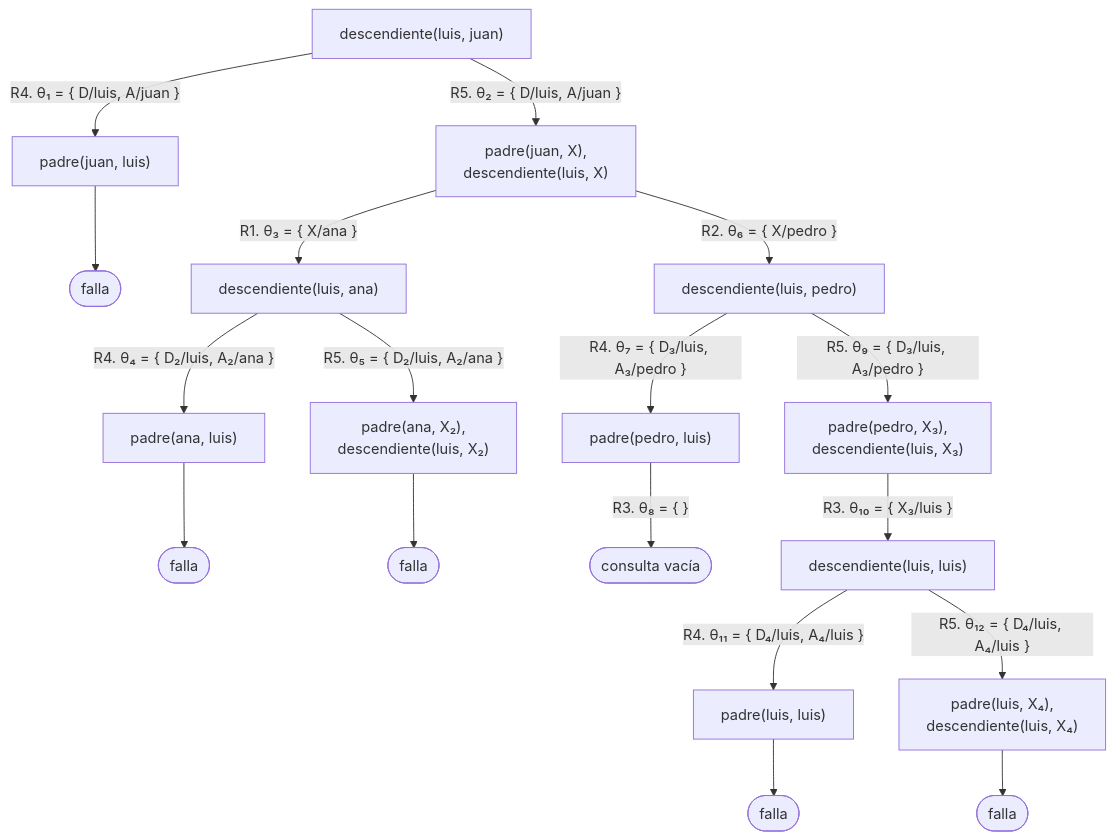
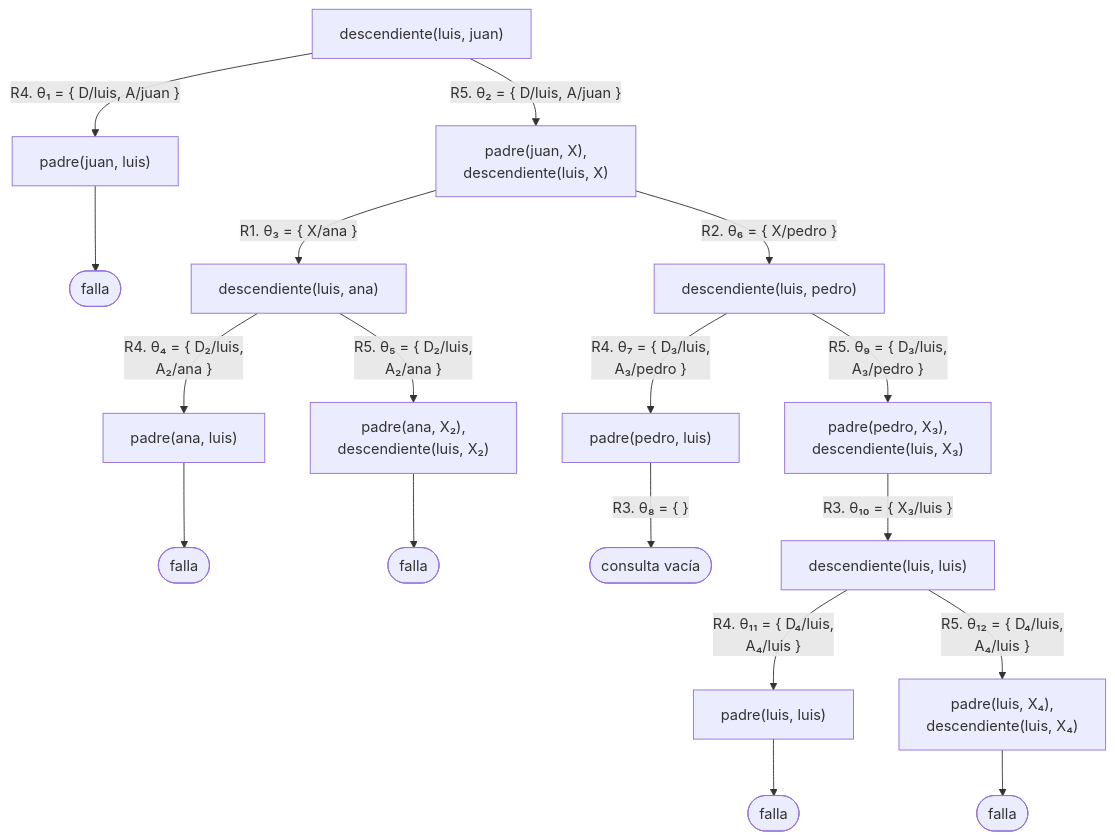
One commit to CesarBallardini/curso-de-prolog changed the eighth of 10 diagrams in docs/capitulo-05-como-responde-prolog/soluciones.md. Above: the diagram before and after it, drawn with Mermaid. The commit also changed other lines of this file and 24 other files, not shown here.

First line of the commit message:
feat(docs): botones para ocultar las columnas laterales y etiquetas cortas en los diagramas

````diff
--- a/docs/capitulo-05-como-responde-prolog/soluciones.md
+++ b/docs/capitulo-05-como-responde-prolog/soluciones.md
@@ -329,20 +329,20 @@
 ```mermaid
 flowchart TD
     A["descendiente(luis, juan)"] -- "R4. θ₁ = {&nbsp;D/luis, A/juan&nbsp;}" --> B["padre(juan, luis)"]
     A -- "R5. θ₂ = {&nbsp;D/luis, A/juan&nbsp;}" --> C["padre(juan, X),<br/>descendiente(luis, X)"]
     B --> F0(["falla"])
     C -- "R1. θ₃ = {&nbsp;X/ana&nbsp;}" --> E["descendiente(luis, ana)"]
     C -- "R2. θ₆ = {&nbsp;X/pedro&nbsp;}" --> F["descendiente(luis, pedro)"]
-    E -- "R4. θ₄ = {&nbsp;D₂/luis, A₂/ana&nbsp;}" --> E1["padre(ana, luis)"]
-    E -- "R5. θ₅ = {&nbsp;D₂/luis, A₂/ana&nbsp;}" --> E2["padre(ana, X₂),<br/>descendiente(luis, X₂)"]
+    E -- "R4. θ₄ = {&nbsp;D₂/luis,<br/>A₂/ana&nbsp;}" --> E1["padre(ana, luis)"]
+    E -- "R5. θ₅ = {&nbsp;D₂/luis,<br/>A₂/ana&nbsp;}" --> E2["padre(ana, X₂),<br/>descendiente(luis, X₂)"]
     E1 --> F1(["falla"])
     E2 --> F2(["falla"])
-    F -- "R4. θ₇ = {&nbsp;D₃/luis, A₃/pedro&nbsp;}" --> G1["padre(pedro, luis)"]
-    F -- "R5. θ₉ = {&nbsp;D₃/luis, A₃/pedro&nbsp;}" --> G2["padre(pedro, X₃),<br/>descendiente(luis, X₃)"]
+    F -- "R4. θ₇ = {&nbsp;D₃/luis,<br/>A₃/pedro&nbsp;}" --> G1["padre(pedro, luis)"]
+    F -- "R5. θ₉ = {&nbsp;D₃/luis,<br/>A₃/pedro&nbsp;}" --> G2["padre(pedro, X₃),<br/>descendiente(luis, X₃)"]
     G1 -- "R3. θ₈ = {&nbsp;}" --> S(["consulta vacía"])
     G2 -- "R3. θ₁₀ = {&nbsp;X₃/luis&nbsp;}" --> H["descendiente(luis, luis)"]
-    H -- "R4. θ₁₁ = {&nbsp;D₄/luis, A₄/luis&nbsp;}" --> H1["padre(luis, luis)"]
-    H -- "R5. θ₁₂ = {&nbsp;D₄/luis, A₄/luis&nbsp;}" --> H2["padre(luis, X₄),<br/>descendiente(luis, X₄)"]
+    H -- "R4. θ₁₁ = {&nbsp;D₄/luis,<br/>A₄/luis&nbsp;}" --> H1["padre(luis, luis)"]
+    H -- "R5. θ₁₂ = {&nbsp;D₄/luis,<br/>A₄/luis&nbsp;}" --> H2["padre(luis, X₄),<br/>descendiente(luis, X₄)"]
     H1 --> F3(["falla"])
     H2 --> F4(["falla"])
 ```
````
